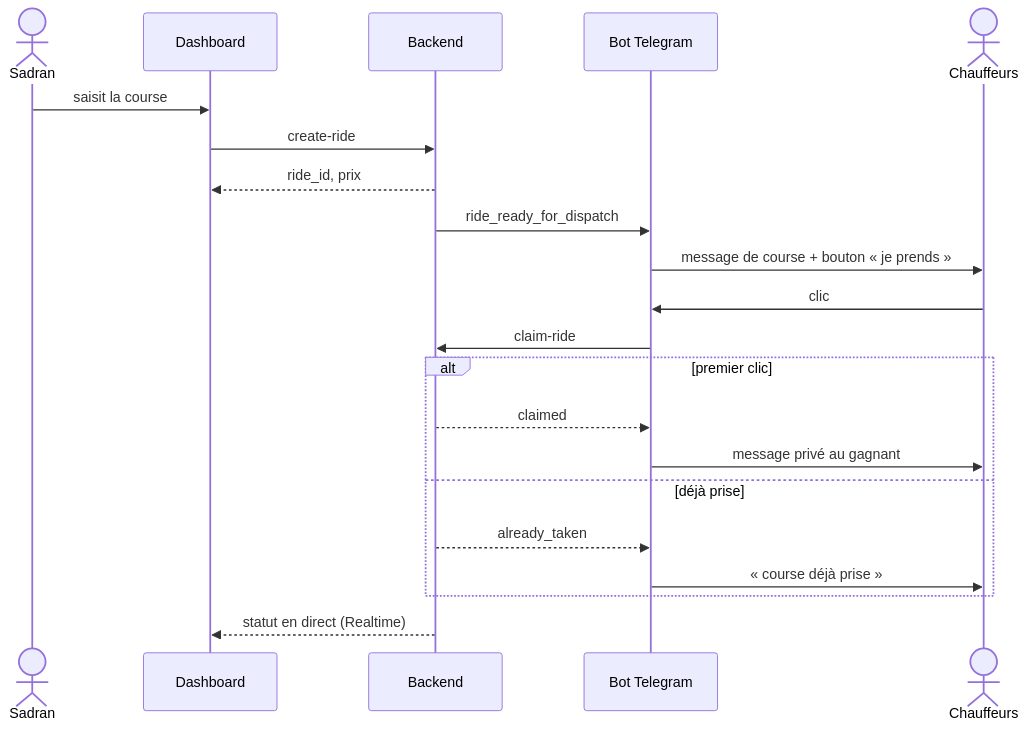
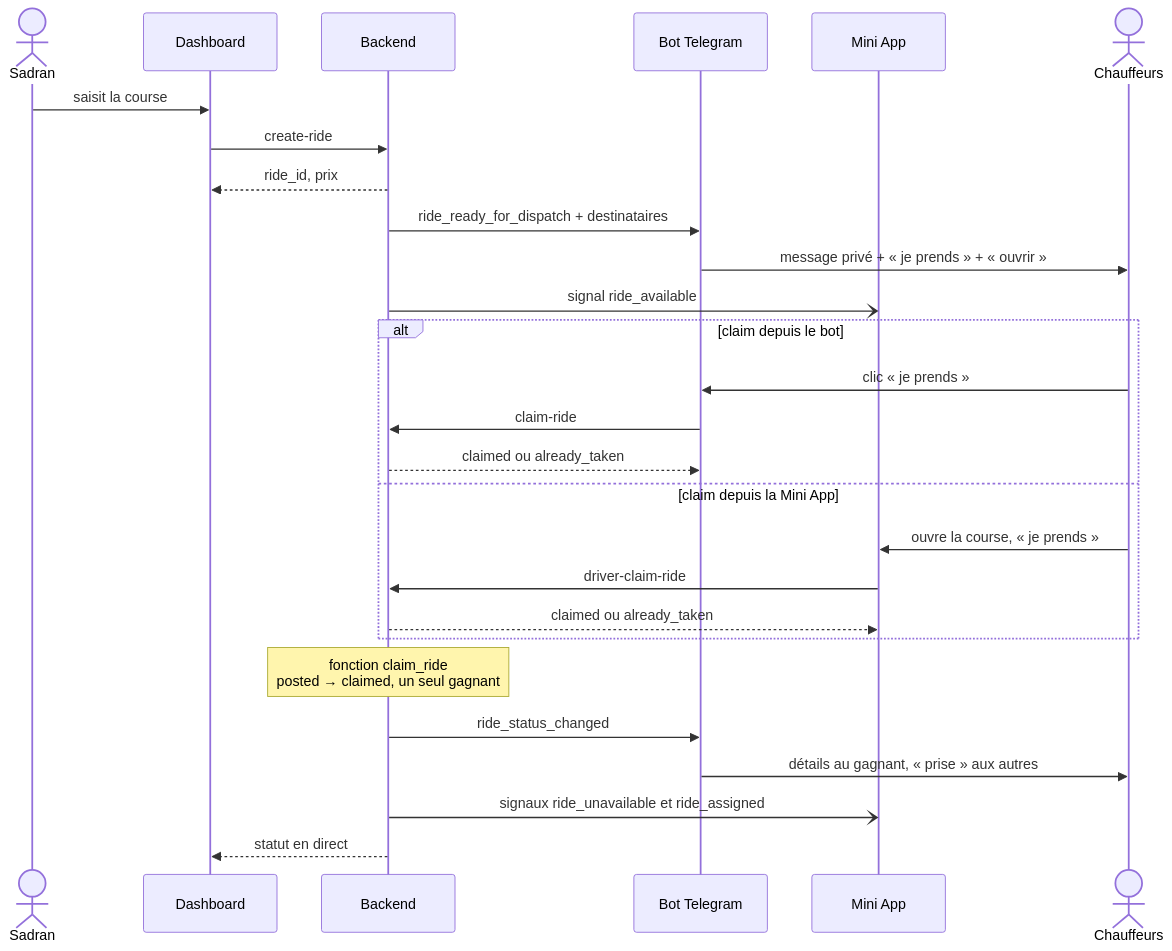
The second of 4 diagrams in docs/ARCHITECTURE.md (oren1996/driverss), drawn with Mermaid before and after one commit. The commit also changed other lines of this file and 14 other files, not shown here.

First line of the commit message:
docs: spec v0 de la Mini App Telegram chauffeur

````diff
--- a/docs/ARCHITECTURE.md
+++ b/docs/ARCHITECTURE.md
@@ -61,24 +102,30 @@
 ```mermaid
 sequenceDiagram
     actor S as Sadran
     participant D as Dashboard
     participant B as Backend
     participant T as Bot Telegram
+    participant M as Mini App
     actor C as Chauffeurs
 
     S->>D: saisit la course
     D->>B: create-ride
     B-->>D: ride_id, prix
-    B->>T: ride_ready_for_dispatch
-    T->>C: message de course + bouton « je prends »
-    C->>T: clic
-    T->>B: claim-ride
-    alt premier clic
-        B-->>T: claimed
-        T->>C: message privé au gagnant
-    else déjà prise
-        B-->>T: already_taken
-        T->>C: « course déjà prise »
+    B->>T: ride_ready_for_dispatch + destinataires
+    T->>C: message privé + « je prends » + « ouvrir »
+    B-)M: signal ride_available
+    alt claim depuis le bot
+        C->>T: clic « je prends »
+        T->>B: claim-ride
+        B-->>T: claimed ou already_taken
+    else claim depuis la Mini App
+        C->>M: ouvre la course, « je prends »
+        M->>B: driver-claim-ride
+        B-->>M: claimed ou already_taken
     end
-    B-->>D: statut en direct (Realtime)
+    Note over B: fonction claim_ride<br/>posted → claimed, un seul gagnant
+    B->>T: ride_status_changed
+    T->>C: détails au gagnant, « prise » aux autres
+    B-)M: signaux ride_unavailable et ride_assigned
+    B-->>D: statut en direct
 ```
````
